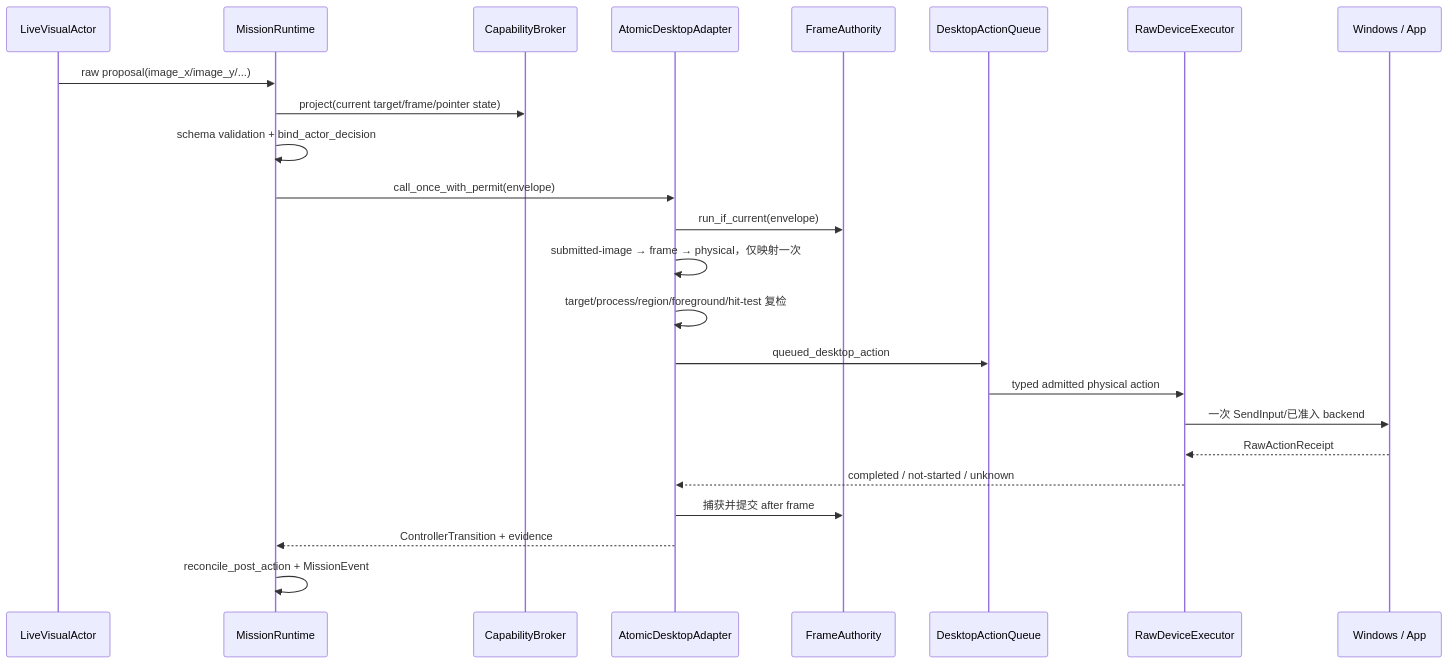
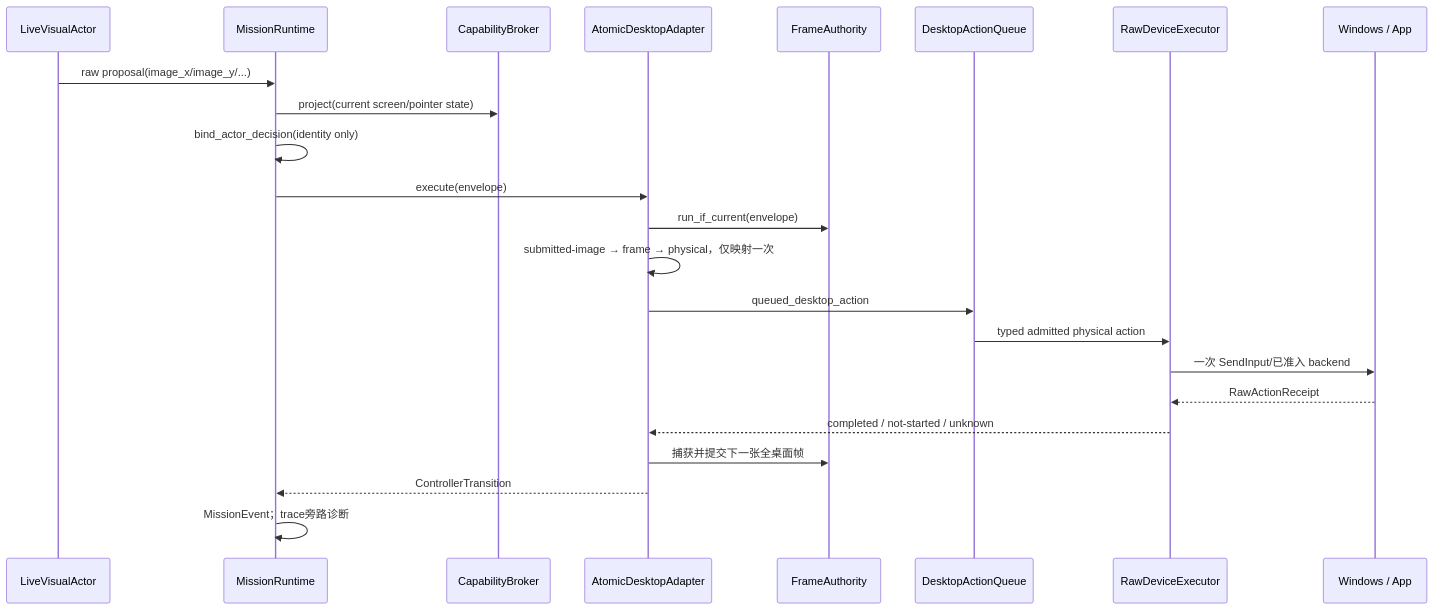
One commit to zoujiapeng/lingdong-script changed the second of 4 diagrams in docs/project-guide/06-file-reference-winpilot-python.md. Above: the diagram before and after it, drawn with Mermaid. The commit also changed other lines of this file and 45 other files, not shown here.

````diff
--- a/docs/project-guide/06-file-reference-winpilot-python.md
+++ b/docs/project-guide/06-file-reference-winpilot-python.md
@@ -71,26 +71,25 @@
 ```mermaid
 sequenceDiagram
     participant M as LiveVisualActor
     participant R as MissionRuntime
     participant B as CapabilityBroker
     participant A as AtomicDesktopAdapter
     participant F as FrameAuthority
     participant Q as DesktopActionQueue
     participant D as RawDeviceExecutor
     participant O as Windows / App
     M->>R: raw proposal(image_x/image_y/...)
-    R->>B: project(current target/frame/pointer state)
-    R->>R: schema validation + bind_actor_decision
-    R->>A: call_once_with_permit(envelope)
+    R->>B: project(current screen/pointer state)
+    R->>R: bind_actor_decision(identity only)
+    R->>A: execute(envelope)
     A->>F: run_if_current(envelope)
     A->>A: submitted-image → frame → physical，仅映射一次
-    A->>A: target/process/region/foreground/hit-test 复检
     A->>Q: queued_desktop_action
     Q->>D: typed admitted physical action
     D->>O: 一次 SendInput/已准入 backend
     O-->>D: RawActionReceipt
     D-->>A: completed / not-started / unknown
-    A->>F: 捕获并提交 after frame
-    A-->>R: ControllerTransition + evidence
-    R->>R: reconcile_post_action + MissionEvent
+    A->>F: 捕获并提交下一张全桌面帧
+    A-->>R: ControllerTransition
+    R->>R: MissionEvent；trace旁路诊断
 ```
````
